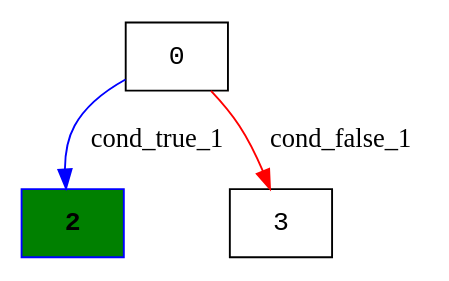
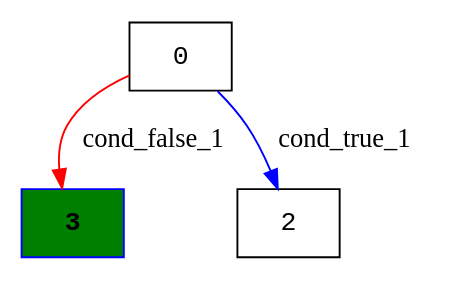
Before and after one commit to Research-Tools-PAVT/PSE-Program-Examples: the diagram in klee_results/countminsketch_all_processed/countminsketch_all_execution_tree.dot, drawn with Graphviz. The commit also changed 48 other files, not shown here.

```diff
--- a/klee_results/countminsketch_all_processed/countminsketch_all_execution_tree.dot
+++ b/klee_results/countminsketch_all_processed/countminsketch_all_execution_tree.dot
@@ -1,6 +1,6 @@
 digraph ExecutionTree {
 	node [color=black fontname=Courier height=.5 shape=record]
-	2 [color=blue, fillcolor=green, style=filled, fontcolor=black, fontname="Courier-Bold"]
+	3 [color=blue, fillcolor=green, style=filled, fontcolor=black, fontname="Courier-Bold"]
 	0 -> 2 [label=cond_true_1 color=blue]
 	0 -> 3 [label=cond_false_1 color=red]
 }
```
